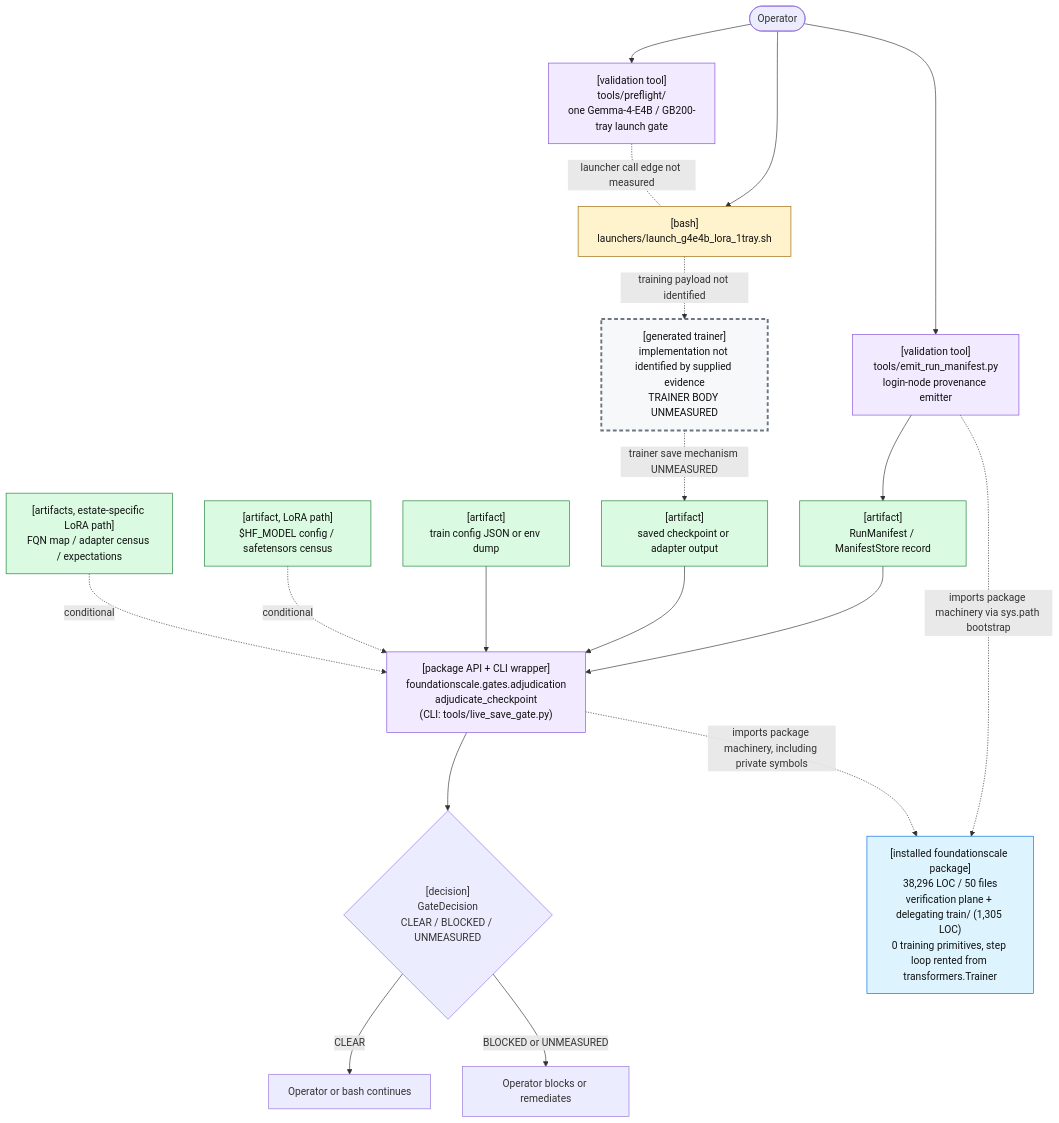
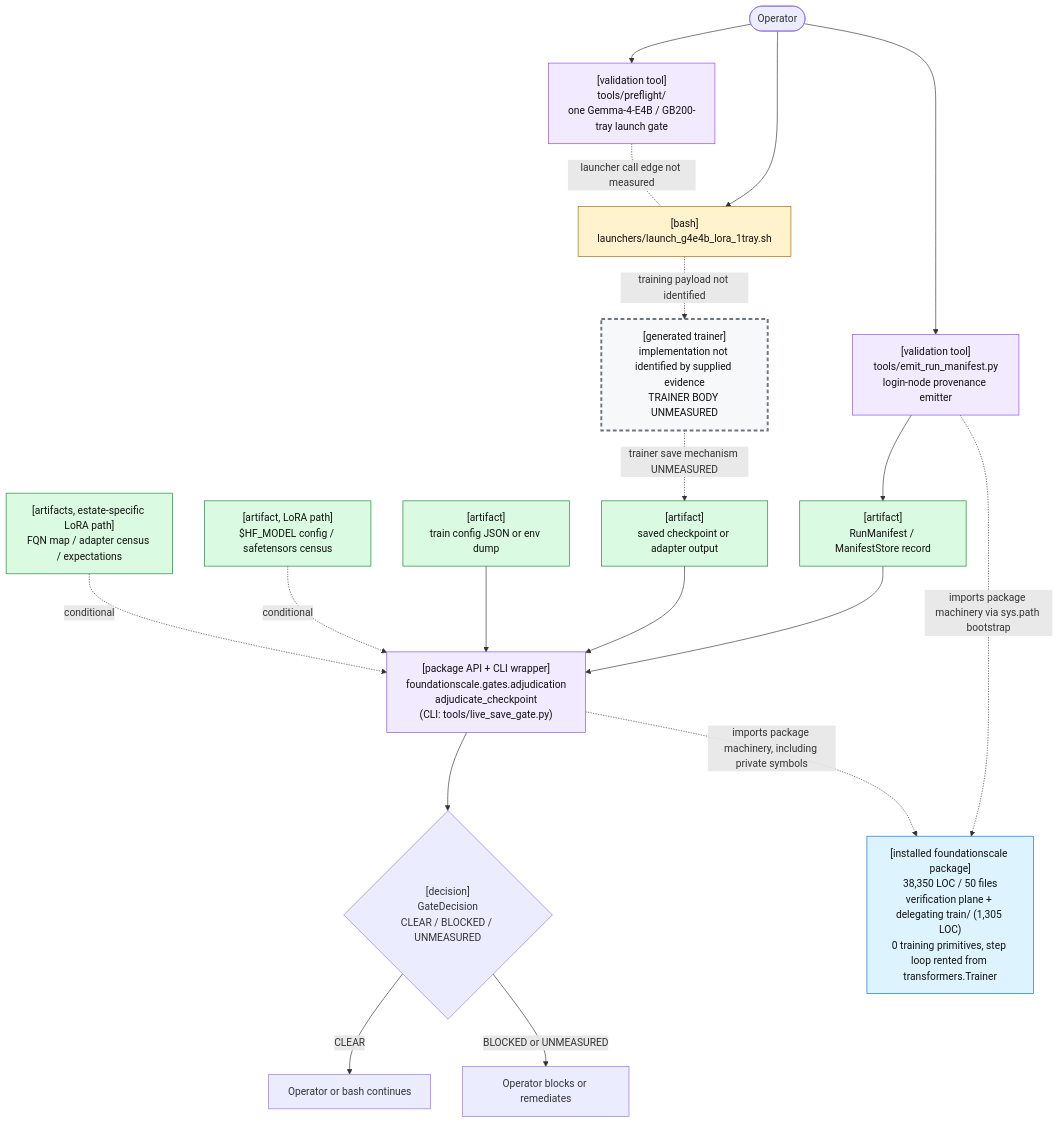
Before and after one commit to TranNhiem/FoundationScale: the first of 2 diagrams in docs/review/D2_current_architecture.md, drawn with Mermaid. The commit also changed other lines of this file and 17 other files, not shown here.

````diff
--- a/docs/review/D2_current_architecture.md
+++ b/docs/review/D2_current_architecture.md
@@ -25,59 +25,59 @@
 ```mermaid
 flowchart TB
   O(["Operator"])
 
   PF["[validation tool]<br/>tools/preflight/<br/>one Gemma-4-E4B / GB200-tray launch gate"]
   L["[bash]<br/>launchers/launch_g4e4b_lora_1tray.sh"]
 
   E["[validation tool]<br/>tools/emit_run_manifest.py<br/>login-node provenance emitter"]
   M["[artifact]<br/>RunManifest / ManifestStore record"]
 
   T["[generated trainer]<br/>implementation not identified by supplied evidence<br/>TRAINER BODY UNMEASURED"]
   C["[artifact]<br/>saved checkpoint or adapter output"]
 
   G["[package API + CLI wrapper]<br/>foundationscale.gates.adjudication<br/>adjudicate_checkpoint<br/>(CLI: tools/live_save_gate.py)"]
   CFG["[artifact]<br/>train config JSON or env dump"]
   BASE["[artifact, LoRA path]<br/>$HF_MODEL config / safetensors census"]
   CEN["[artifacts, estate-specific LoRA path]<br/>FQN map / adapter census / expectations"]
 
   D{"[decision]<br/>GateDecision<br/>CLEAR / BLOCKED / UNMEASURED"}
   OK["Operator or bash continues"]
   NO["Operator blocks or remediates"]
 
-  PKG["[installed foundationscale package]<br/>38,296 LOC / 50 files<br/>verification plane + delegating train/ (1,305 LOC)<br/>0 training primitives, step loop rented from transformers.Trainer"]
+  PKG["[installed foundationscale package]<br/>38,350 LOC / 50 files<br/>verification plane + delegating train/ (1,305 LOC)<br/>0 training primitives, step loop rented from transformers.Trainer"]
 
   O --> PF
   O --> L
   PF -. "launcher call edge not measured" .- L
 
   O --> E
   E --> M
 
   L -. "training payload not identified" .-> T
   T -. "trainer save mechanism UNMEASURED" .-> C
 
   M --> G
   C --> G
   CFG --> G
   BASE -. "conditional" .-> G
   CEN -. "conditional" .-> G
 
   E -. "imports package machinery via sys.path bootstrap" .-> PKG
   G -. "imports package machinery, including private symbols" .-> PKG
 
   G --> D
   D -->|"CLEAR"| OK
   D -->|"BLOCKED or UNMEASURED"| NO
 
   classDef bash fill:#fff3cd,stroke:#9a6700,color:#111;
   classDef tool fill:#f2eaff,stroke:#8250df,color:#111;
   classDef artifact fill:#dafbe1,stroke:#1a7f37,color:#111;
   classDef gap fill:#f6f8fa,stroke:#6e7781,stroke-width:3px,stroke-dasharray: 6 4,color:#111;
   classDef pkg fill:#ddf4ff,stroke:#0969da,color:#111;
 
   class L bash;
   class PF,E,G tool;
   class M,C,CFG,BASE,CEN artifact;
   class T gap;
   class PKG pkg;
 ```
````
